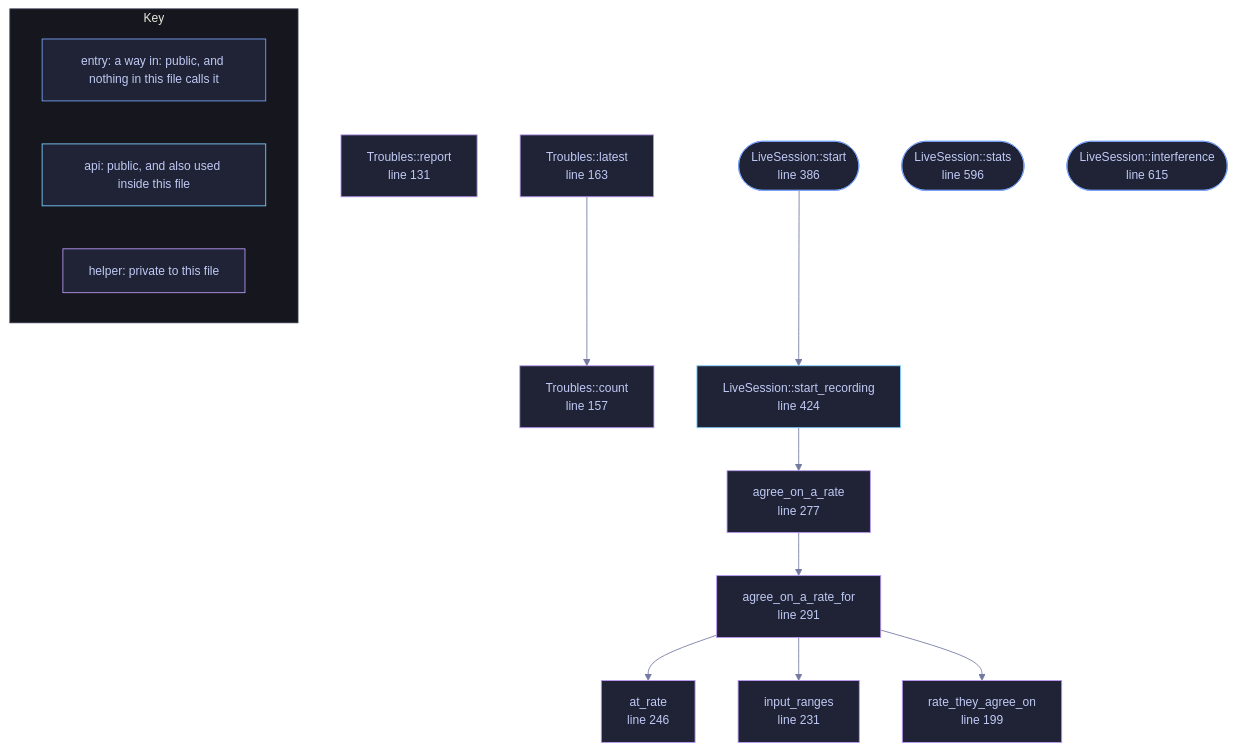
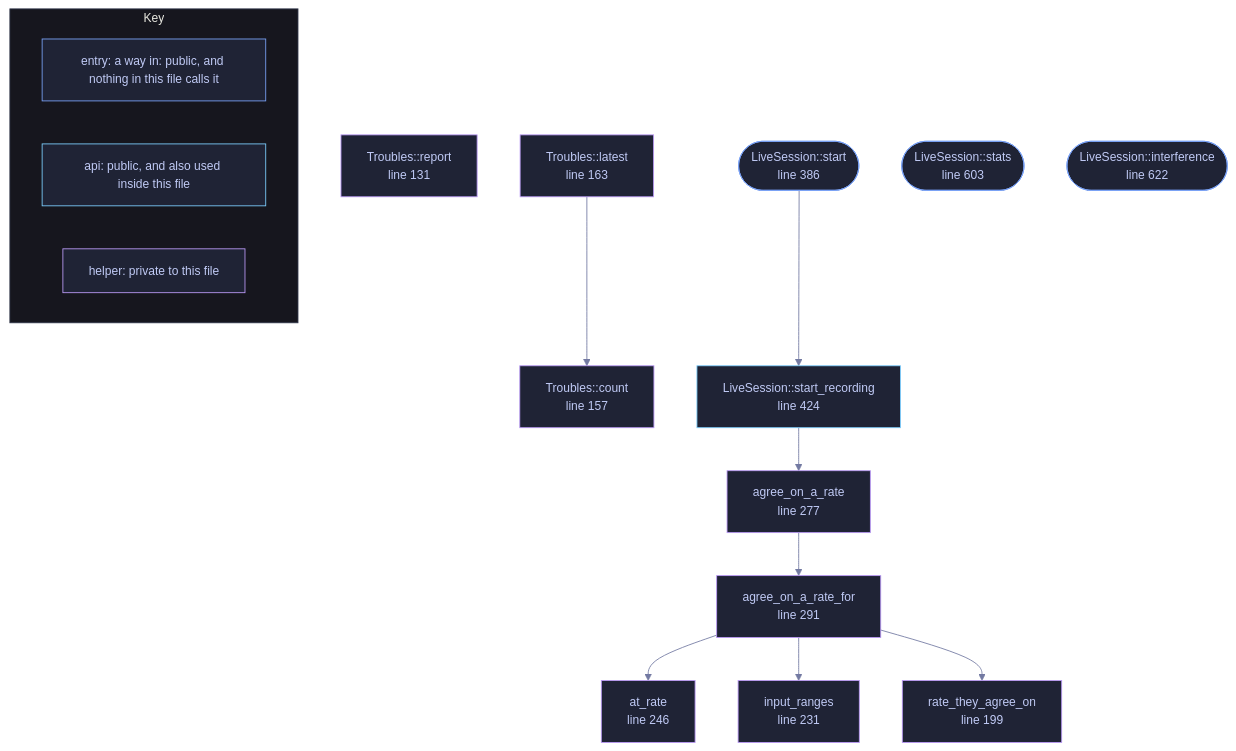
Before and after one commit to tilas01/veilvoice: the diagram in docs/files/veilvoice-audio/live.md, drawn with Mermaid. The commit also changed other lines of this file and 80 other files, not shown here.

````diff
--- a/docs/files/veilvoice-audio/live.md
+++ b/docs/files/veilvoice-audio/live.md
@@ -102,50 +102,50 @@
 ```mermaid
 %%{init: {"theme":"base","themeVariables":{"background":"#1a1b26","primaryColor":"#1f2335","primaryTextColor":"#c0caf5","primaryBorderColor":"#7aa2f7","secondaryColor":"#16161e","tertiaryColor":"#16161e","lineColor":"#737aa2","textColor":"#c0caf5","mainBkg":"#1f2335","nodeBorder":"#7aa2f7","clusterBkg":"#16161e","clusterBorder":"#2f3549","fontFamily":"ui-monospace, SFMono-Regular, Consolas, monospace","fontSize":"14px"}}}%%
 flowchart TD
     n_report["Troubles::report<br/>line 131"]
     n_count["Troubles::count<br/>line 157"]
     n_latest["Troubles::latest<br/>line 163"]
     n_rate_they_agree_on["rate_they_agree_on<br/>line 199"]
     n_input_ranges["input_ranges<br/>line 231"]
     n_at_rate["at_rate<br/>line 246"]
     n_agree_on_a_rate["agree_on_a_rate<br/>line 277"]
     n_agree_on_a_rate_for["agree_on_a_rate_for<br/>line 291"]
     n_start(["LiveSession::start<br/>line 386"])
     n_start_recording["LiveSession::start_recording<br/>line 424"]
-    n_stats(["LiveSession::stats<br/>line 596"])
-    n_interference(["LiveSession::interference<br/>line 615"])
+    n_stats(["LiveSession::stats<br/>line 603"])
+    n_interference(["LiveSession::interference<br/>line 622"])
     n_agree_on_a_rate --> n_agree_on_a_rate_for
     n_agree_on_a_rate_for --> n_at_rate
     n_agree_on_a_rate_for --> n_input_ranges
     n_agree_on_a_rate_for --> n_rate_they_agree_on
     n_latest --> n_count
     n_start --> n_start_recording
     n_start_recording --> n_agree_on_a_rate
     click n_report href "https://github.com/tilas01/veilvoice/blob/main/crates/veilvoice-audio/src/live.rs#L131" "open the source"
     click n_count href "https://github.com/tilas01/veilvoice/blob/main/crates/veilvoice-audio/src/live.rs#L157" "open the source"
     click n_latest href "https://github.com/tilas01/veilvoice/blob/main/crates/veilvoice-audio/src/live.rs#L163" "open the source"
     click n_rate_they_agree_on href "https://github.com/tilas01/veilvoice/blob/main/crates/veilvoice-audio/src/live.rs#L199" "open the source"
     click n_input_ranges href "https://github.com/tilas01/veilvoice/blob/main/crates/veilvoice-audio/src/live.rs#L231" "open the source"
     click n_at_rate href "https://github.com/tilas01/veilvoice/blob/main/crates/veilvoice-audio/src/live.rs#L246" "open the source"
     click n_agree_on_a_rate href "https://github.com/tilas01/veilvoice/blob/main/crates/veilvoice-audio/src/live.rs#L277" "open the source"
     click n_agree_on_a_rate_for href "https://github.com/tilas01/veilvoice/blob/main/crates/veilvoice-audio/src/live.rs#L291" "open the source"
     click n_start href "https://github.com/tilas01/veilvoice/blob/main/crates/veilvoice-audio/src/live.rs#L386" "open the source"
     click n_start_recording href "https://github.com/tilas01/veilvoice/blob/main/crates/veilvoice-audio/src/live.rs#L424" "open the source"
-    click n_stats href "https://github.com/tilas01/veilvoice/blob/main/crates/veilvoice-audio/src/live.rs#L596" "open the source"
-    click n_interference href "https://github.com/tilas01/veilvoice/blob/main/crates/veilvoice-audio/src/live.rs#L615" "open the source"
+    click n_stats href "https://github.com/tilas01/veilvoice/blob/main/crates/veilvoice-audio/src/live.rs#L603" "open the source"
+    click n_interference href "https://github.com/tilas01/veilvoice/blob/main/crates/veilvoice-audio/src/live.rs#L622" "open the source"
     classDef entry fill:#1f2335,stroke:#7aa2f7,color:#c0caf5
     class n_start,n_stats,n_interference entry
     classDef api fill:#1f2335,stroke:#7dcfff,color:#c0caf5
     class n_start_recording api
     classDef helper fill:#1f2335,stroke:#bb9af7,color:#c0caf5
     class n_report,n_count,n_latest,n_rate_they_agree_on,n_input_ranges,n_at_rate,n_agree_on_a_rate,n_agree_on_a_rate_for helper
     subgraph chart_key ["Key"]
         direction LR
         key_entry["entry: a way in: public, and nothing in this file calls it"]
         key_api["api: public, and also used inside this file"]
         key_helper["helper: private to this file"]
     end
     class key_entry entry
     class key_api api
     class key_helper helper
 ```
````
